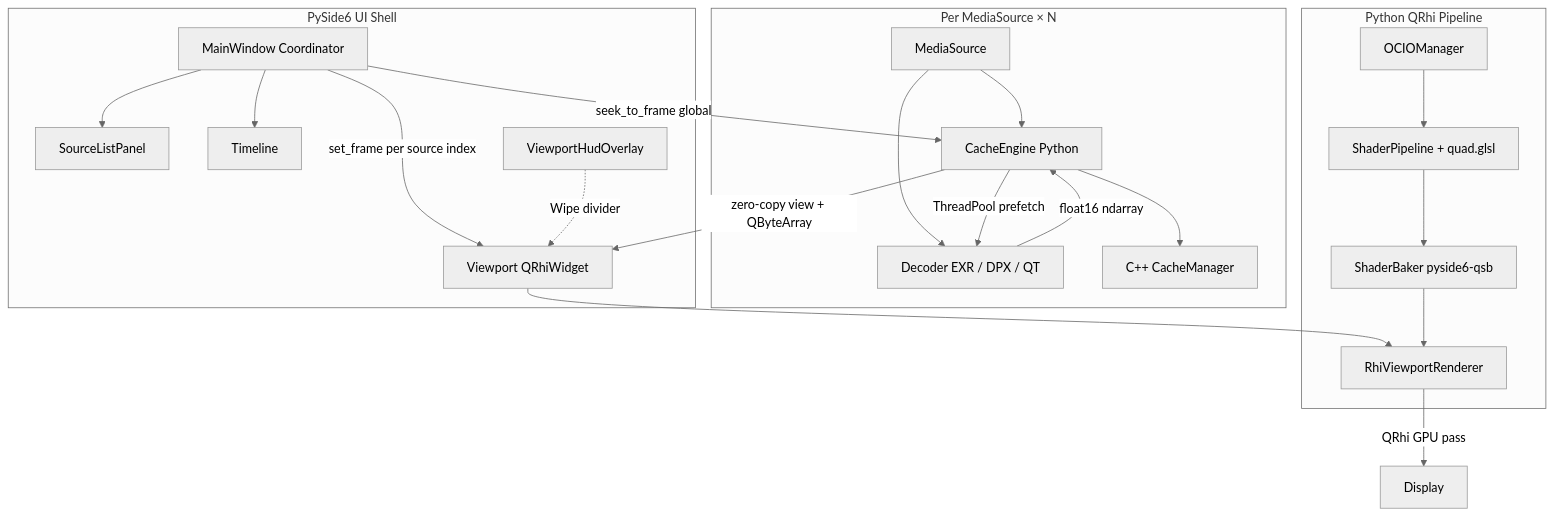
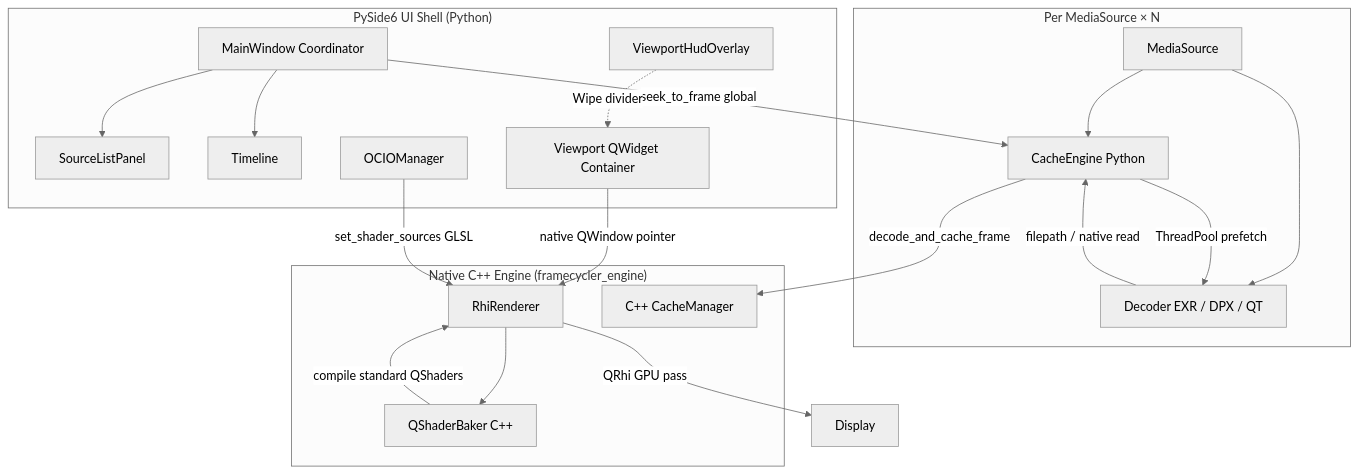
One commit to bernhardkimbacher/Framecycler changed the diagram in README.md. Above: the diagram before and after it, drawn with Mermaid (neutral theme). The commit also changed other lines of this file, not shown here.

Commit message:
docs: perform a full technical README update to match C++ RhiRenderer

````diff
--- a/README.md
+++ b/README.md
@@ -11,39 +11,37 @@
 ```mermaid
 graph TB
-    subgraph UI["PySide6 UI Shell"]
+    subgraph UI["PySide6 UI Shell (Python)"]
         MW[MainWindow Coordinator]
         SLP[SourceListPanel]
         TL[Timeline]
-        VP[Viewport QRhiWidget]
+        VP[Viewport QWidget Container]
         HUD[ViewportHudOverlay]
+        OCIO[OCIOManager]
     end
 
     subgraph Sources["Per MediaSource × N"]
         MS[MediaSource]
         DEC[Decoder EXR / DPX / QT]
         CE[CacheEngine Python]
-        CM[C++ CacheManager]
         MS --> DEC
         MS --> CE
-        CE --> CM
         CE -->|ThreadPool prefetch| DEC
     end
 
-    subgraph Render["Python QRhi Pipeline"]
-        RVR[RhiViewportRenderer]
-        OCIO[OCIOManager]
-        SP[ShaderPipeline + quad.glsl]
-        SB[ShaderBaker pyside6-qsb]
+    subgraph Render["Native C++ Engine (framecycler_engine)"]
+        RR[RhiRenderer]
+        QB[QShaderBaker C++]
+        CM[C++ CacheManager]
+        CE -->|decode_and_cache_frame| CM
     end
 
     MW --> SLP
     MW --> TL
     MW -->|seek_to_frame global| CE
-    DEC -->|float16 ndarray| CE
-    CE -->|zero-copy view + QByteArray| VP
-    MW -->|set_frame per source index| VP
-    VP --> RVR
-    OCIO --> SP --> SB --> RVR
+    DEC -->|filepath / native read| CE
+    VP -->|native QWindow pointer| RR
+    OCIO -->|set_shader_sources GLSL| RR
+    RR --> QB -->|compile standard QShaders| RR
     HUD -.->|Wipe divider| VP
-    RVR -->|QRhi GPU pass| Screen[Display]
+    RR -->|QRhi GPU pass| Screen[Display]
 ```
````
